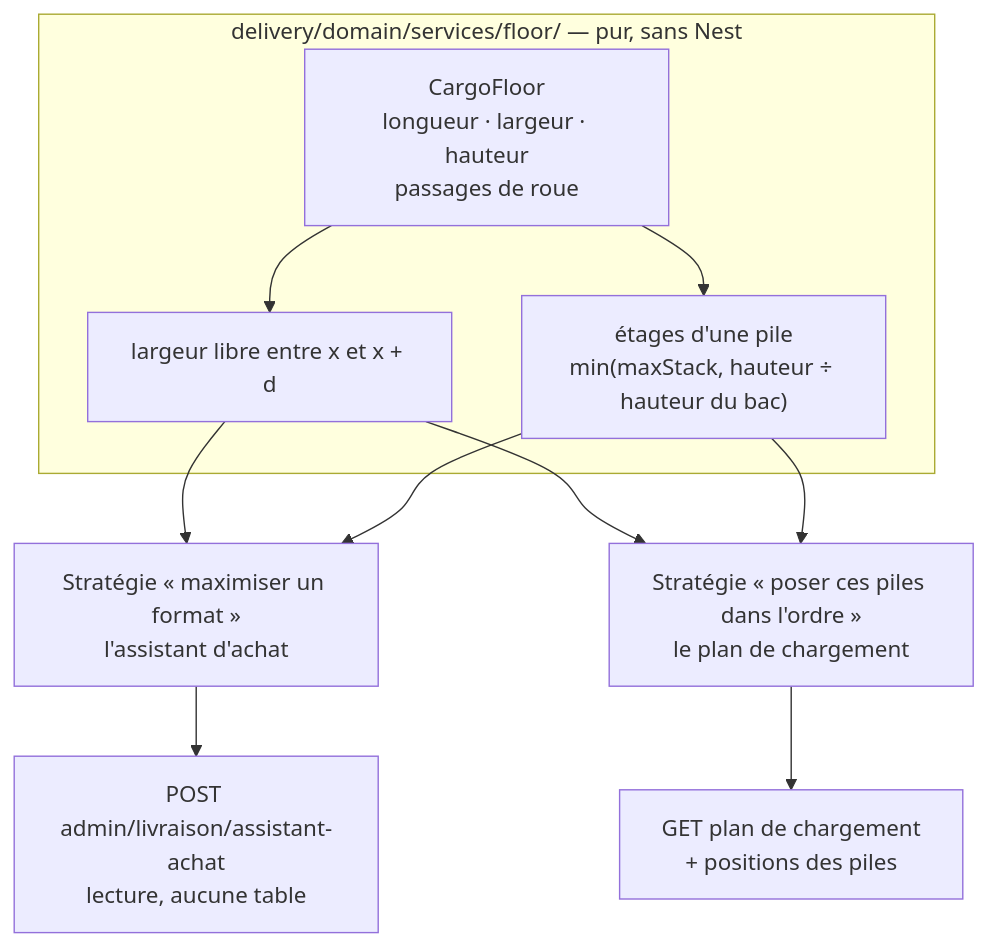
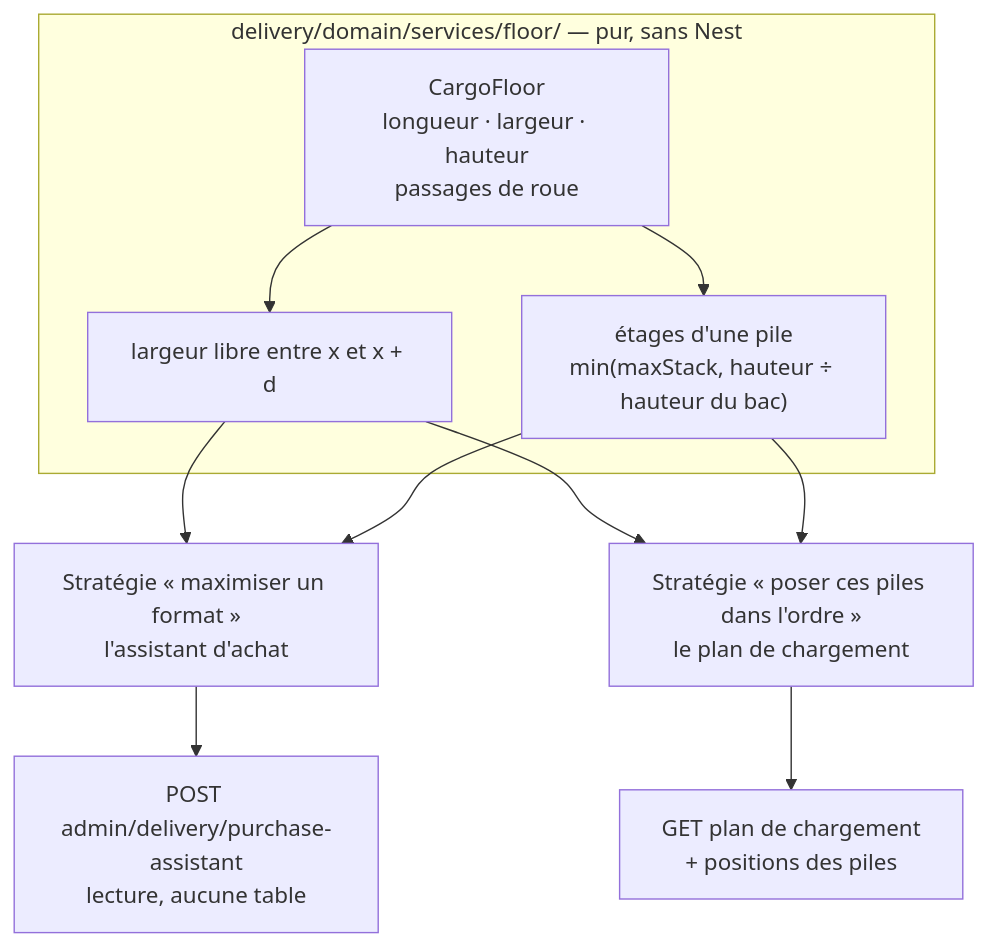
Before and after one commit to hugoheynard/lfd: the first of 2 diagrams in documentation/livraisons/chargement/plan-geometrie-du-plancher.md, drawn with Mermaid. The commit also changed other lines of this file and 159 other files, not shown here.

````diff
--- a/documentation/livraisons/chargement/plan-geometrie-du-plancher.md
+++ b/documentation/livraisons/chargement/plan-geometrie-du-plancher.md
@@ -71,18 +71,18 @@
 ```mermaid
 flowchart TB
   subgraph geo["delivery/domain/services/floor/ — pur, sans Nest"]
     F["CargoFloor<br/>longueur · largeur · hauteur<br/>passages de roue"]
     W["largeur libre entre x et x + d"]
     S["étages d'une pile<br/>min(maxStack, hauteur ÷ hauteur du bac)"]
     F --> W
     F --> S
   end
   A["Stratégie « maximiser un format »<br/>l'assistant d'achat"]
   B["Stratégie « poser ces piles dans l'ordre »<br/>le plan de chargement"]
   W --> A
   S --> A
   W --> B
   S --> B
-  A --> QA["POST admin/livraison/assistant-achat<br/>lecture, aucune table"]
+  A --> QA["POST admin/delivery/purchase-assistant<br/>lecture, aucune table"]
   B --> QB["GET plan de chargement<br/>+ positions des piles"]
 ```
````
